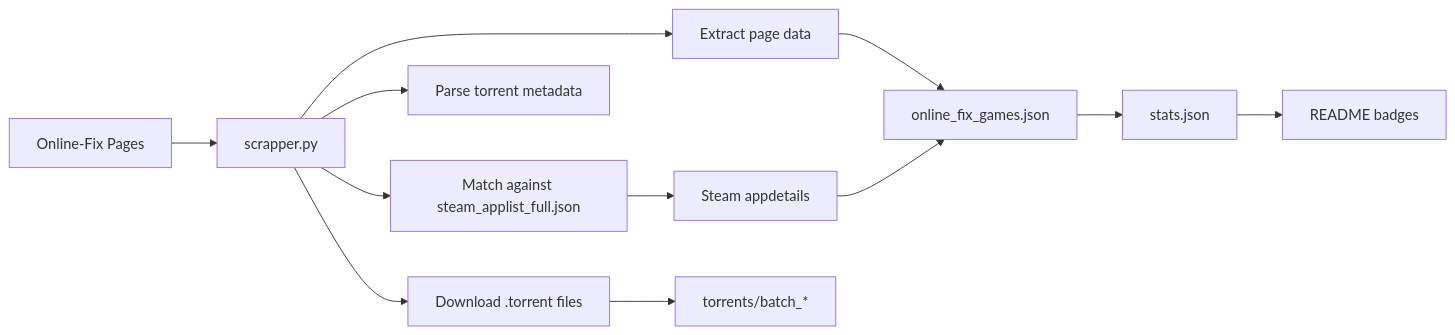
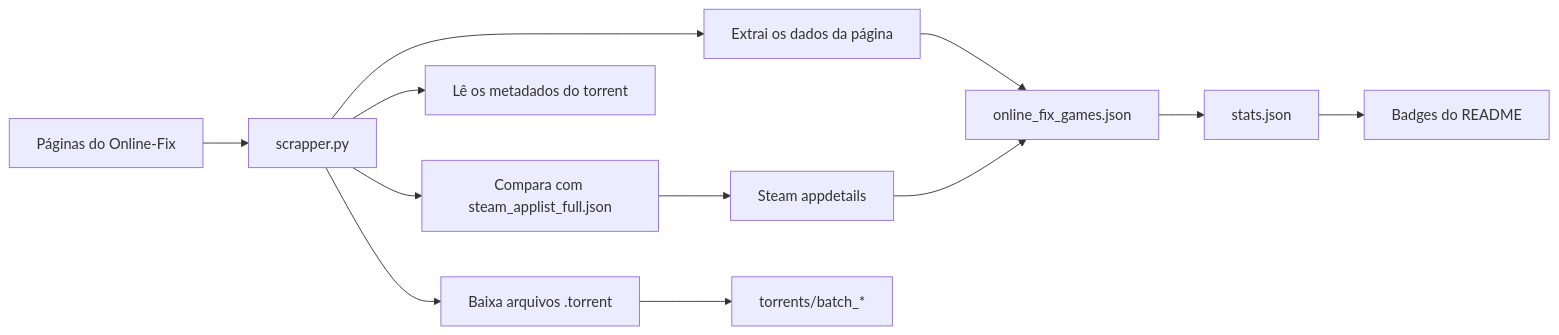
Before and after one commit to zKauaFerreira/The-Gaming-Rumble: the diagram in README.md, drawn with Mermaid. The commit also changed other lines of this file, not shown here.

````diff
--- a/README.md
+++ b/README.md
@@ -228,14 +228,14 @@
 ```mermaid
 flowchart LR
-  A["Online-Fix Pages"] --> B["scrapper.py"]
-  B --> C["Extract page data"]
-  B --> D["Download .torrent files"]
-  B --> E["Parse torrent metadata"]
-  B --> F["Match against steam_applist_full.json"]
+  A["Páginas do Online-Fix"] --> B["scrapper.py"]
+  B --> C["Extrai os dados da página"]
+  B --> D["Baixa arquivos .torrent"]
+  B --> E["Lê os metadados do torrent"]
+  B --> F["Compara com steam_applist_full.json"]
   F --> G["Steam appdetails"]
   C --> H["online_fix_games.json"]
   D --> I["torrents/batch_*"]
   G --> H
   H --> J["stats.json"]
-  J --> K["README badges"]
+  J --> K["Badges do README"]
 ```
````
